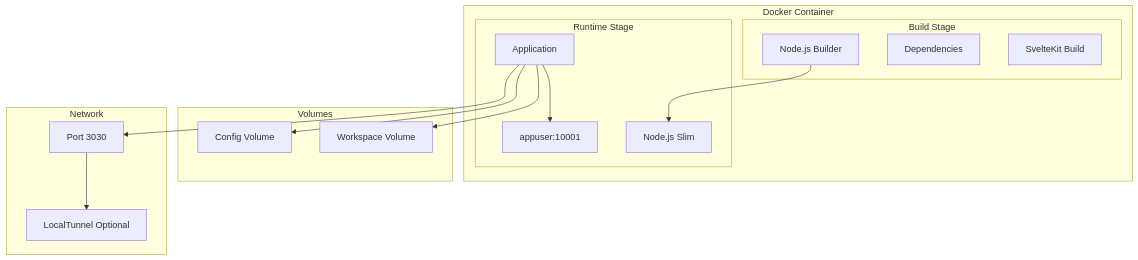
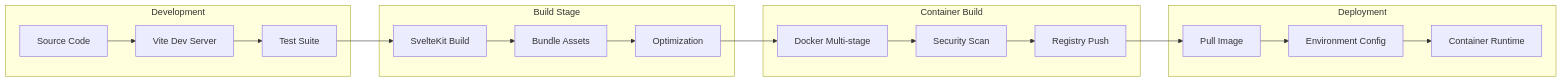
Diagram 12 of 13 in docs/ARCHITECTURE.md (fwdslsh/dispatch), drawn with Mermaid before and after one commit. The commit also changed other lines of this file and 39 other files, not shown here.

````diff
--- a/docs/ARCHITECTURE.md
+++ b/docs/ARCHITECTURE.md
@@ -270,33 +806,38 @@
 ```mermaid
-graph TB
-    subgraph "Docker Container"
-        subgraph "Build Stage"
-            NODE_BUILD[Node.js Builder]
-            DEPS[Dependencies]
-            SVELTE_BUILD[SvelteKit Build]
-        end
-
-        subgraph "Runtime Stage"
-            NODE_SLIM[Node.js Slim]
-            APP[Application]
-            USER[appuser:10001]
-        end
+graph LR
+    subgraph "Development"
+        Code[Source Code]
+        Dev[Vite Dev Server]
+        Test[Test Suite]
     end
-
-    subgraph "Volumes"
-        WORKSPACE_VOL[Workspace Volume]
-        CONFIG_VOL[Config Volume]
+    
+    subgraph "Build Stage"
+        Compile[SvelteKit Build]
+        Bundle[Bundle Assets]
+        Optimize[Optimization]
     end
-
-    subgraph "Network"
-        PORT[Port 3030]
-        TUNNEL[LocalTunnel Optional]
+    
+    subgraph "Container Build"
+        DockerBuild[Docker Multi-stage]
+        Security[Security Scan]
+        Push[Registry Push]
     end
-
-    NODE_BUILD --> NODE_SLIM
-    APP --> USER
-    APP --> WORKSPACE_VOL
-    APP --> CONFIG_VOL
-    APP --> PORT
-    PORT --> TUNNEL
+    
+    subgraph "Deployment"
+        Pull[Pull Image]
+        Configure[Environment Config]
+        Run[Container Runtime]
+    end
+    
+    Code --> Dev
+    Dev --> Test
+    Test --> Compile
+    Compile --> Bundle
+    Bundle --> Optimize
+    Optimize --> DockerBuild
+    DockerBuild --> Security
+    Security --> Push
+    Push --> Pull
+    Pull --> Configure
+    Configure --> Run
 ```
````
